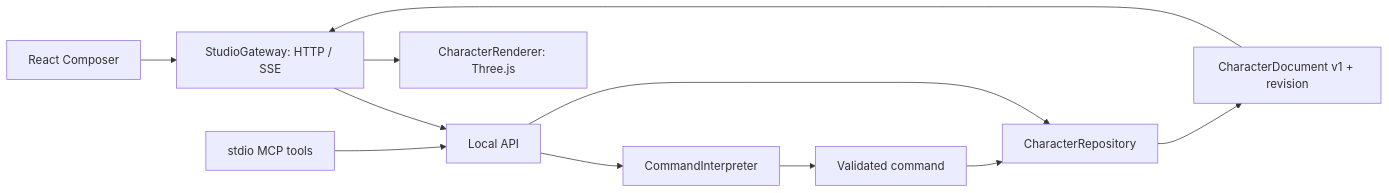
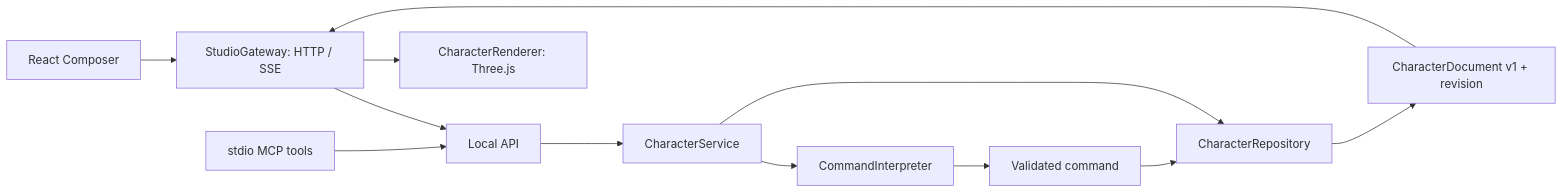
Before and after one commit to Hanzi-Cho/character-studio: the diagram in docs/ADR-001-ARCHITECTURE.md, drawn with Mermaid. The commit also changed other lines of this file and 82 other files, not shown here.

Commit message:
Refine character rendering and modular editing architecture

````diff
--- a/docs/ADR-001-ARCHITECTURE.md
+++ b/docs/ADR-001-ARCHITECTURE.md
@@ -21,13 +24,14 @@
 ```mermaid
 flowchart LR
   UI[React Composer] --> GW[StudioGateway: HTTP / SSE]
   GW --> API[Local API]
   MCP[stdio MCP tools] --> API
-  API --> INT[CommandInterpreter]
+  API --> SVC[CharacterService]
+  SVC --> INT[CommandInterpreter]
   INT --> CMD[Validated command]
-  API --> REPO[CharacterRepository]
+  SVC --> REPO[CharacterRepository]
   CMD --> REPO
   REPO --> DOC[CharacterDocument v1 + revision]
   DOC --> GW
   GW --> RENDER[CharacterRenderer: Three.js]
 ```
````
